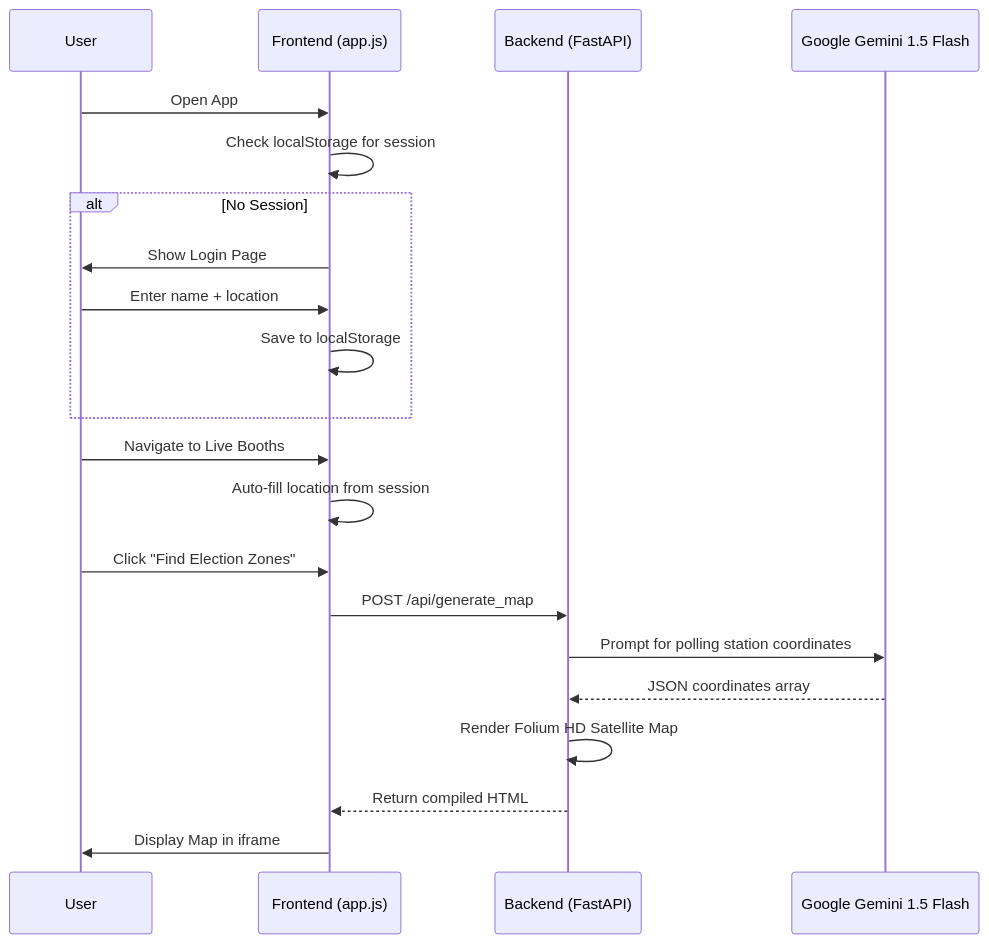
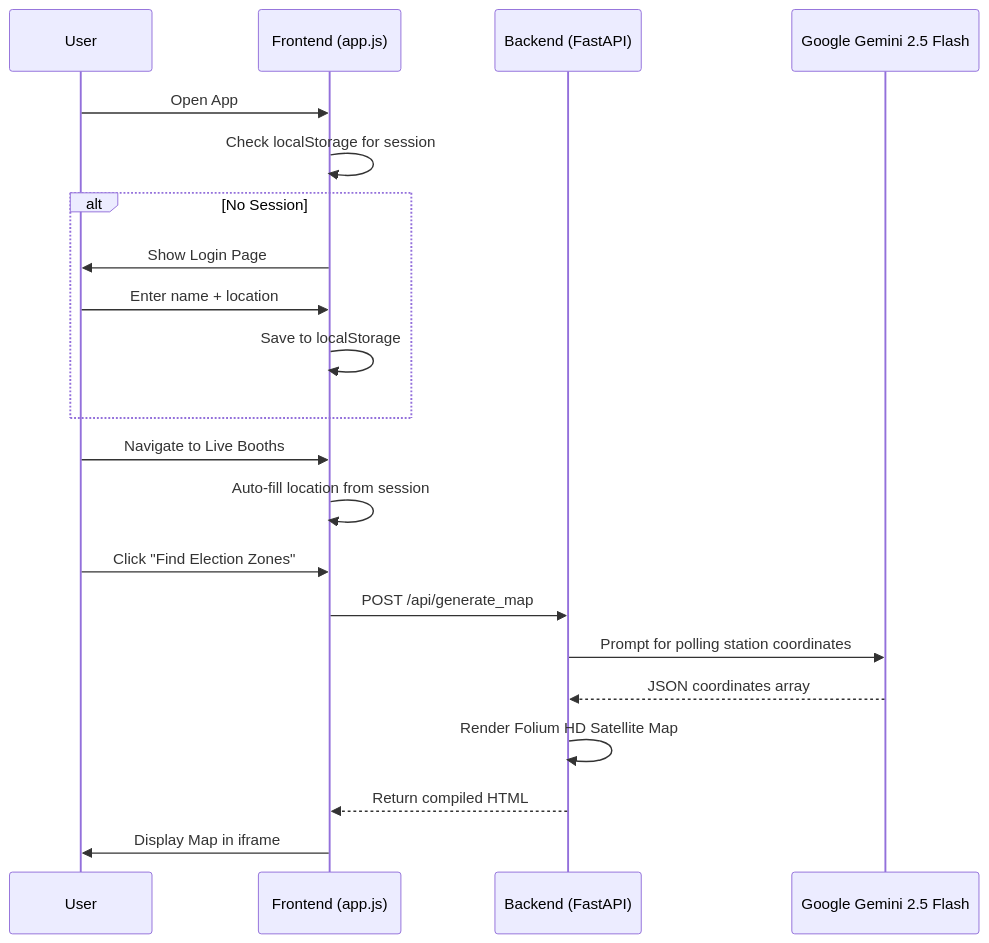
Before and after one commit to Varshith10121901/Promptwar-2: the second of 2 diagrams in README.md, drawn with Mermaid. The commit also changed other lines of this file and 1 other file, not shown here.

Commit message:
feat: upgrade Gemini model from 1.5 Flash to 2.5 Flash

````diff
--- a/README.md
+++ b/README.md
@@ -258,24 +258,24 @@
 ```mermaid
 sequenceDiagram
     participant U as User
     participant F as Frontend (app.js)
     participant B as Backend (FastAPI)
-    participant G as Google Gemini 1.5 Flash
+    participant G as Google Gemini 2.5 Flash
 
     U->>F: Open App
     F->>F: Check localStorage for session
     alt No Session
         F->>U: Show Login Page
         U->>F: Enter name + location
         F->>F: Save to localStorage
     end
     U->>F: Navigate to Live Booths
     F->>F: Auto-fill location from session
     U->>F: Click "Find Election Zones"
     F->>B: POST /api/generate_map
     B->>G: Prompt for polling station coordinates
     G-->>B: JSON coordinates array
     B->>B: Render Folium HD Satellite Map
     B-->>F: Return compiled HTML
     F->>U: Display Map in iframe
 ```
````
